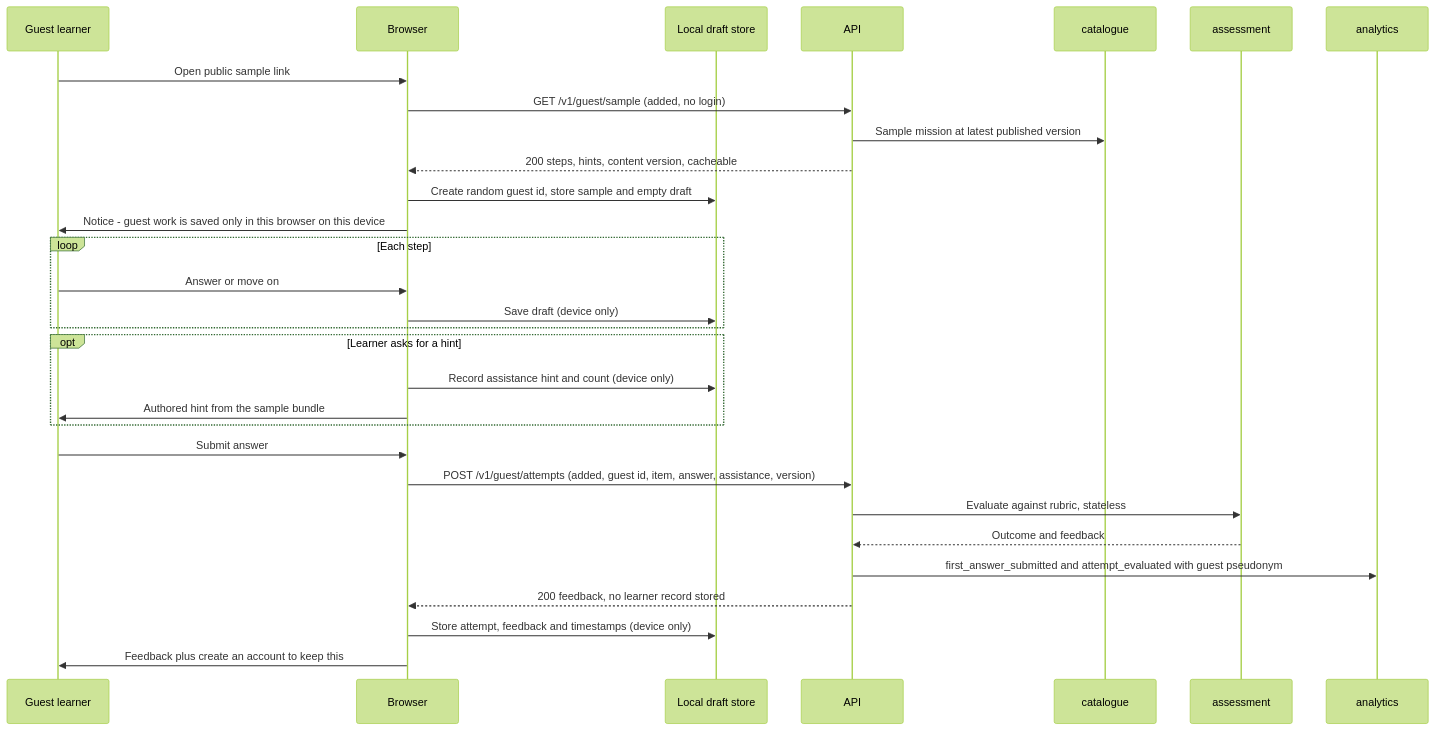
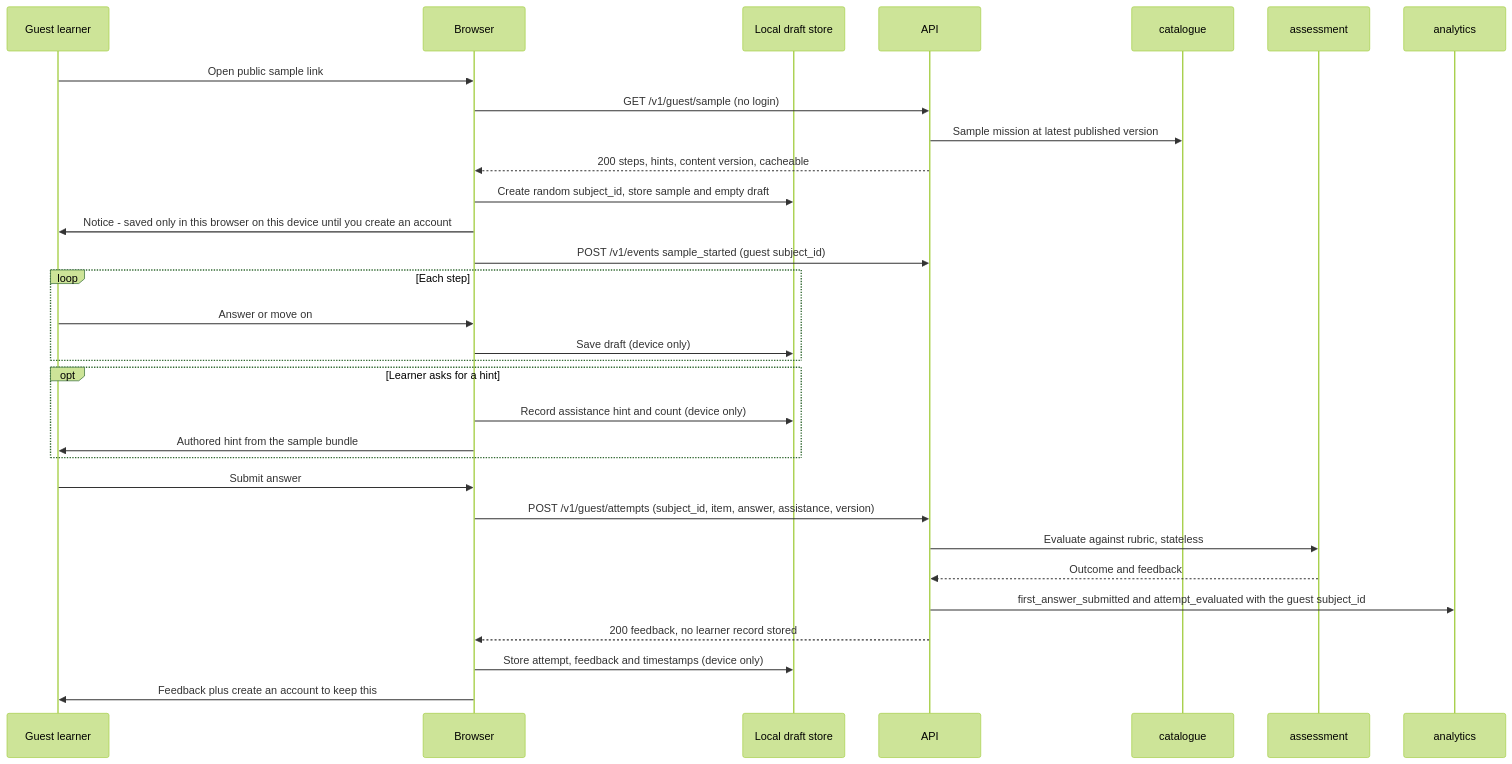
The second of 19 diagrams in devstep/docs/03-key-flows.md (GhanshyamSoni68/app_idea), drawn with Mermaid (forest theme) before and after one commit. The commit also changed other lines of this file and 8 other files, not shown here.

````diff
--- a/devstep/docs/03-key-flows.md
+++ b/devstep/docs/03-key-flows.md
@@ -140,32 +143,33 @@
 ```mermaid
 sequenceDiagram
     participant L as Guest learner
     participant B as Browser
     participant LS as Local draft store
     participant API
     participant CAT as catalogue
     participant ASM as assessment
     participant AN as analytics
     L->>B: Open public sample link
-    B->>API: GET /v1/guest/sample (added, no login)
+    B->>API: GET /v1/guest/sample (no login)
     API->>CAT: Sample mission at latest published version
     API-->>B: 200 steps, hints, content version, cacheable
-    B->>LS: Create random guest id, store sample and empty draft
-    B->>L: Notice - guest work is saved only in this browser on this device
+    B->>LS: Create random subject_id, store sample and empty draft
+    B->>L: Notice - saved only in this browser on this device until you create an account
+    B->>API: POST /v1/events sample_started (guest subject_id)
     loop Each step
         L->>B: Answer or move on
         B->>LS: Save draft (device only)
     end
     opt Learner asks for a hint
         B->>LS: Record assistance hint and count (device only)
         B->>L: Authored hint from the sample bundle
     end
     L->>B: Submit answer
-    B->>API: POST /v1/guest/attempts (added, guest id, item, answer, assistance, version)
+    B->>API: POST /v1/guest/attempts (subject_id, item, answer, assistance, version)
     API->>ASM: Evaluate against rubric, stateless
     ASM-->>API: Outcome and feedback
-    API->>AN: first_answer_submitted and attempt_evaluated with guest pseudonym
+    API->>AN: first_answer_submitted and attempt_evaluated with the guest subject_id
     API-->>B: 200 feedback, no learner record stored
     B->>LS: Store attempt, feedback and timestamps (device only)
     B->>L: Feedback plus create an account to keep this
 ```
````
